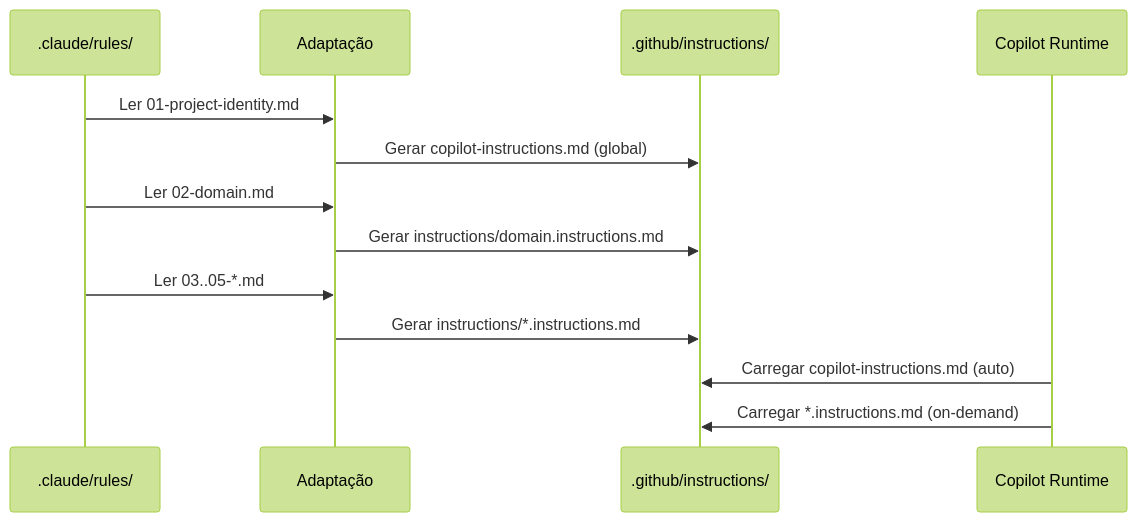
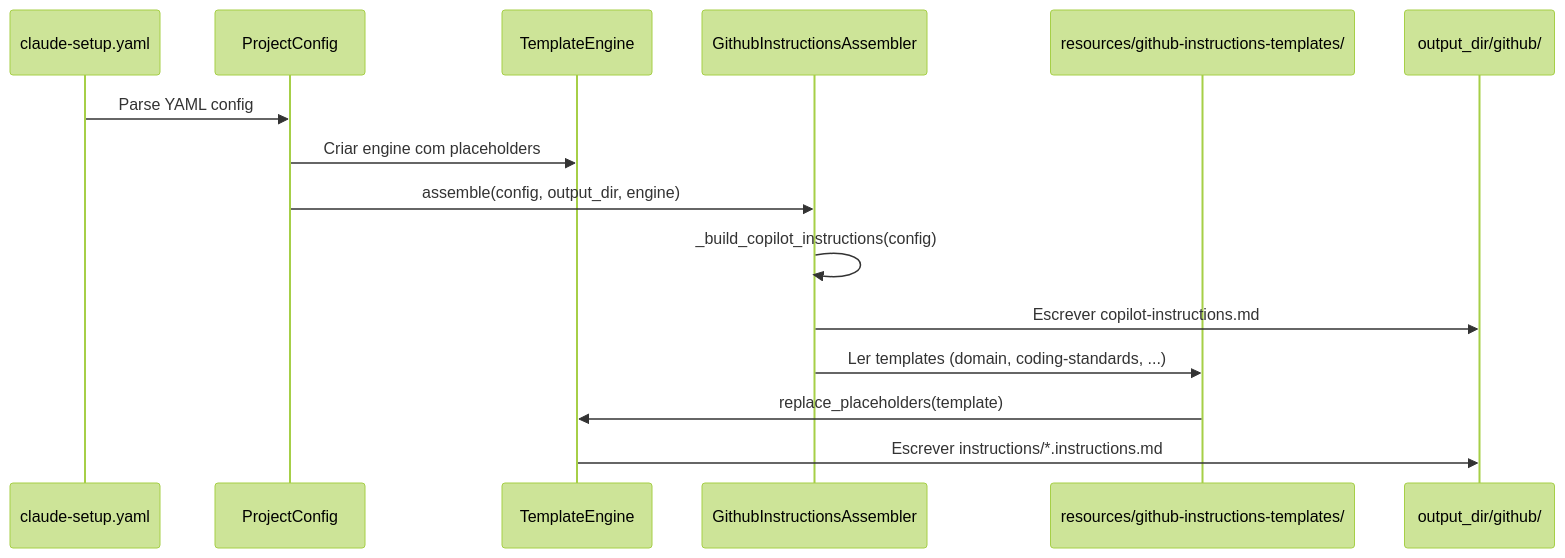
One commit to edercnj/ia-dev-environment changed the diagram in docs/stories/github-structure/STORY-001.md. Above: the diagram before and after it, drawn with Mermaid (forest theme). The commit also changed other lines of this file and 64 other files, not shown here.

First line of the commit message:
feat: add GithubInstructionsAssembler and gitignore .github/ as generated output

````diff
--- a/docs/stories/github-structure/STORY-001.md
+++ b/docs/stories/github-structure/STORY-001.md
@@ -94,16 +111,18 @@
 ```mermaid
 sequenceDiagram
-    participant R as .claude/rules/
-    participant A as Adaptação
-    participant G as .github/instructions/
-    participant C as Copilot Runtime
+    participant Y as claude-setup.yaml
+    participant P as ProjectConfig
+    participant E as TemplateEngine
+    participant A as GithubInstructionsAssembler
+    participant T as resources/github-instructions-templates/
+    participant O as output_dir/github/
 
-    R->>A: Ler 01-project-identity.md
-    A->>G: Gerar copilot-instructions.md (global)
-    R->>A: Ler 02-domain.md
-    A->>G: Gerar instructions/domain.instructions.md
-    R->>A: Ler 03..05-*.md
-    A->>G: Gerar instructions/*.instructions.md
-    C->>G: Carregar copilot-instructions.md (auto)
-    C->>G: Carregar *.instructions.md (on-demand)
+    Y->>P: Parse YAML config
+    P->>E: Criar engine com placeholders
+    P->>A: assemble(config, output_dir, engine)
+    A->>A: _build_copilot_instructions(config)
+    A->>O: Escrever copilot-instructions.md
+    A->>T: Ler templates (domain, coding-standards, ...)
+    T->>E: replace_placeholders(template)
+    E->>O: Escrever instructions/*.instructions.md
 ```
````
